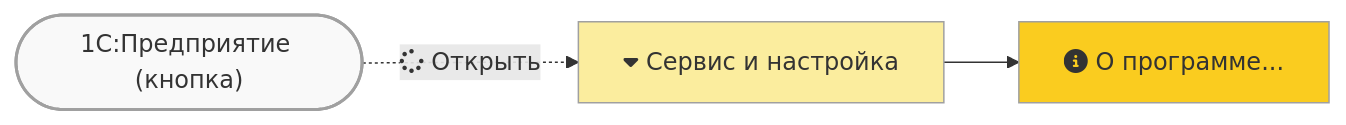
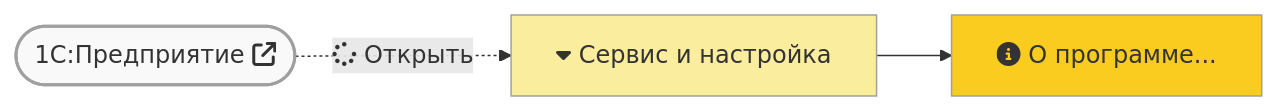
Before and after one commit to lugovoe/manual: the first of 3 diagrams in faq/crash/main-white-window.md, drawn with Mermaid. The commit also changed other lines of this file, not shown here.

````diff
--- a/faq/crash/main-white-window.md
+++ b/faq/crash/main-white-window.md
@@ -19,11 +19,11 @@
 ``` mermaid
 flowchart LR
-  b1(["1С:Предприятие (кнопка)"]) -. fa:fa-spinner Открыть .-> m1;
+  b1(["1С:Предприятие fa:fa-external-link"]) -. fa:fa-spinner Открыть .-> m1;
   m1[fa:fa-caret-down Сервис и настройка] --> m2;
   m2[fa:fa-info-circle О программе...];
   classDef default fill:#facc1f,stroke:#a0a0a0,stroke-width:1px;
   classDef button fill:#f9f9f9,stroke-width:2px;
   classDef mainmenu fill:#fbed9e;
   class b1 button;
   class m1 mainmenu;
 ```
````
